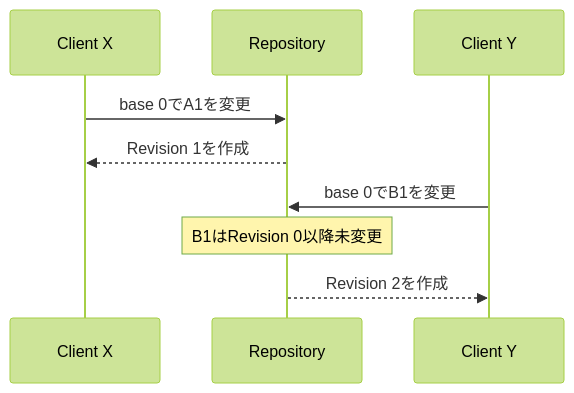
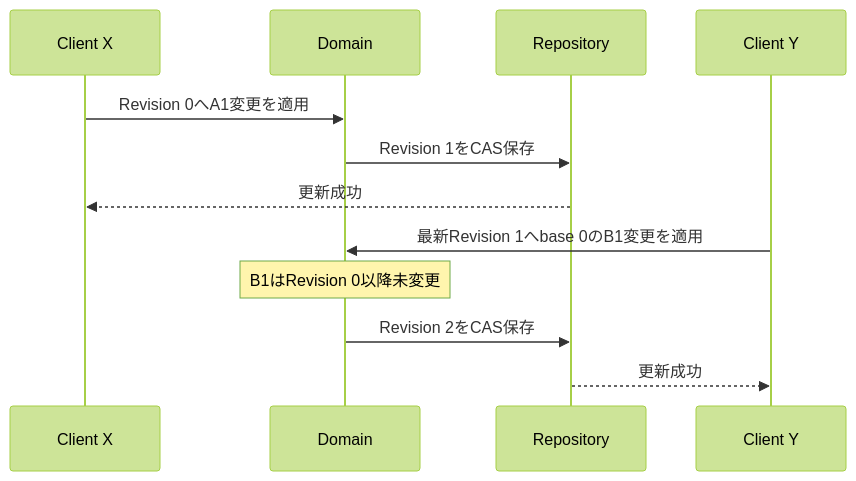
The second of 3 diagrams in docs/learning/04-persistence-and-concurrency.md (ryofuu/my-excel-app), drawn with Mermaid (forest theme) before and after one commit. The commit also changed other lines of this file and 144 other files, not shown here.

````diff
--- a/docs/learning/04-persistence-and-concurrency.md
+++ b/docs/learning/04-persistence-and-concurrency.md
@@ -107,11 +108,14 @@
 ```mermaid
 sequenceDiagram
   participant X as Client X
-  participant DB as Repository
+  participant D as Domain
+  participant R as Repository
   participant Y as Client Y
-  X->>DB: base 0でA1を変更
-  DB-->>X: Revision 1を作成
-  Y->>DB: base 0でB1を変更
-  Note over DB: B1はRevision 0以降未変更
-  DB-->>Y: Revision 2を作成
+  X->>D: Revision 0へA1変更を適用
+  D->>R: Revision 1をCAS保存
+  R-->>X: 更新成功
+  Y->>D: 最新Revision 1へbase 0のB1変更を適用
+  Note over D: B1はRevision 0以降未変更
+  D->>R: Revision 2をCAS保存
+  R-->>Y: 更新成功
 ```
````
